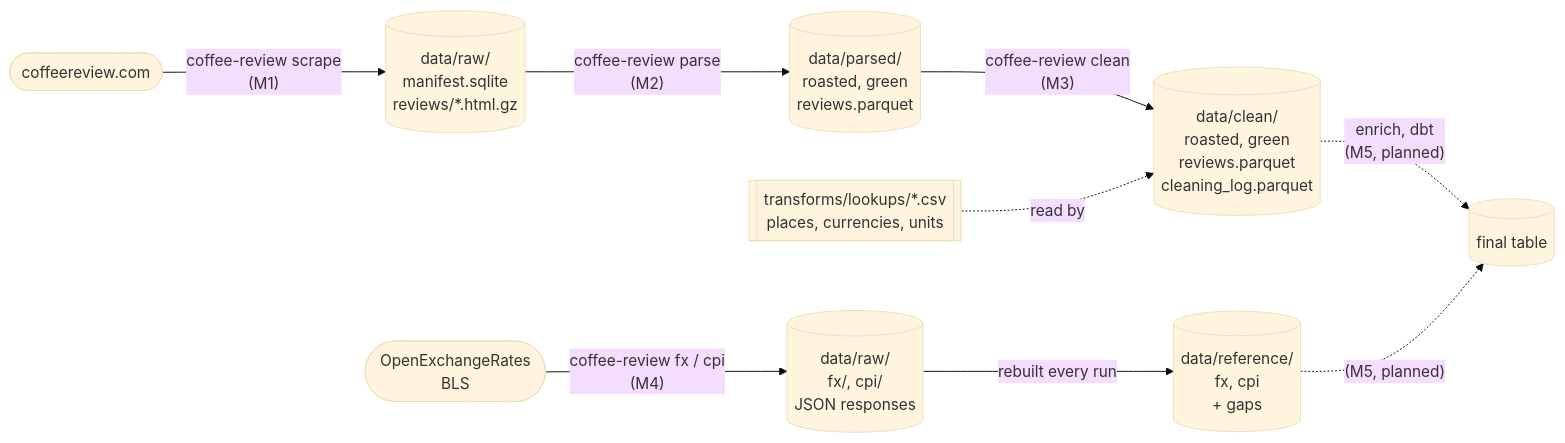
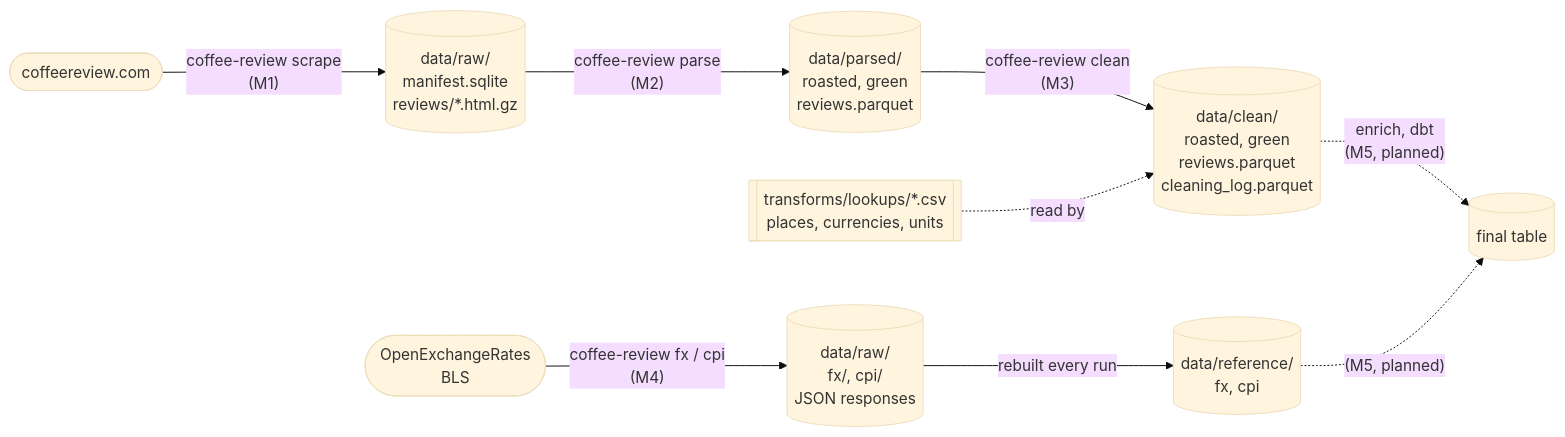
Before and after one commit to tynardone/coffee-review: the first of 7 diagrams in docs/architecture.md, drawn with Mermaid (base theme). The commit also changed other lines of this file and 30 other files, not shown here.

First line of the commit message:
refactor: simplify M4 reference data

````diff
--- a/docs/architecture.md
+++ b/docs/architecture.md
@@ -13,21 +13,21 @@
 ```mermaid
 flowchart LR
     site(["coffeereview.com"])
     apis(["OpenExchangeRates<br>BLS"])
     raw[("data/raw/<br>manifest.sqlite<br>reviews/*.html.gz")]
     parsed[("data/parsed/<br>roasted, green<br>reviews.parquet")]
     clean[("data/clean/<br>roasted, green<br>reviews.parquet<br>cleaning_log.parquet")]
     lookups[["transforms/lookups/*.csv<br>places, currencies, units"]]
     rawref[("data/raw/<br>fx/, cpi/<br>JSON responses")]
-    reference[("data/reference/<br>fx, cpi<br>+ gaps")]
+    reference[("data/reference/<br>fx, cpi")]
     final[("final table")]
 
     site -->|"coffee-review scrape<br>(M1)"| raw
     raw -->|"coffee-review parse<br>(M2)"| parsed
     parsed -->|"coffee-review clean<br>(M3)"| clean
     lookups -.->|read by| clean
     clean -.->|"enrich, dbt<br>(M5, planned)"| final
     apis -->|"coffee-review fx / cpi<br>(M4)"| rawref
     rawref -->|rebuilt every run| reference
     reference -.->|"(M5, planned)"| final
 ```
````
